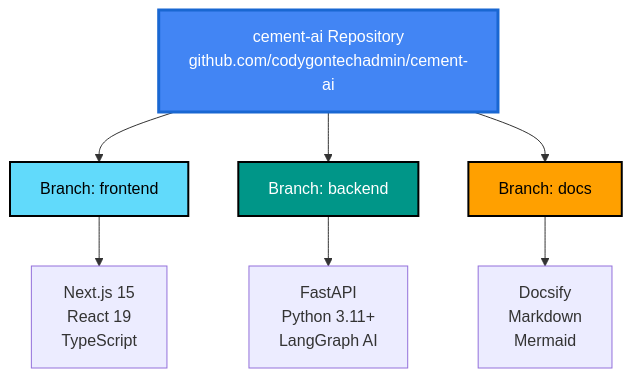
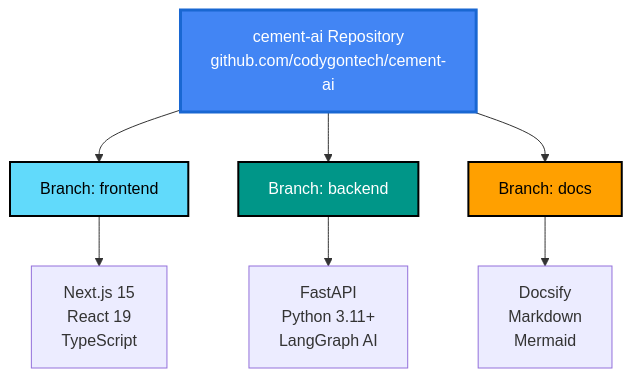
Before and after one commit to codygontech/cement-ai: the diagram in getting-started/repository-structure.md, drawn with Mermaid. The commit also changed other lines of this file and 8 other files, not shown here.

````diff
--- a/getting-started/repository-structure.md
+++ b/getting-started/repository-structure.md
@@ -11,17 +11,17 @@
 ```mermaid
 graph TB
-    A[cement-ai Repository<br/>github.com/codygontechadmin/cement-ai]
+    A[cement-ai Repository<br/>github.com/codygontech/cement-ai]
     
     A --> B[Branch: frontend]
     A --> C[Branch: backend]
     A --> D[Branch: docs]
     
     B --> B1[Next.js 15<br/>React 19<br/>TypeScript]
     C --> C1[FastAPI<br/>Python 3.11+<br/>LangGraph AI]
     D --> D1[Docsify<br/>Markdown<br/>Mermaid]
     
     style A fill:#4285F4,stroke:#1967D2,stroke-width:3px,color:#fff
     style B fill:#61DAFB,stroke:#000,stroke-width:2px,color:#000
     style C fill:#009688,stroke:#000,stroke-width:2px,color:#fff
     style D fill:#FFA000,stroke:#000,stroke-width:2px,color:#000
 ```
````
